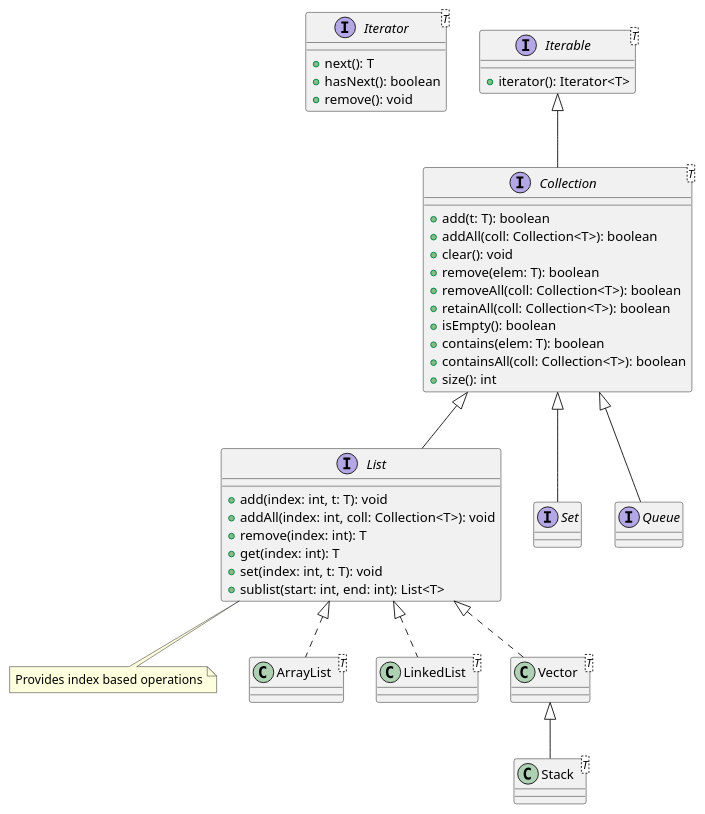
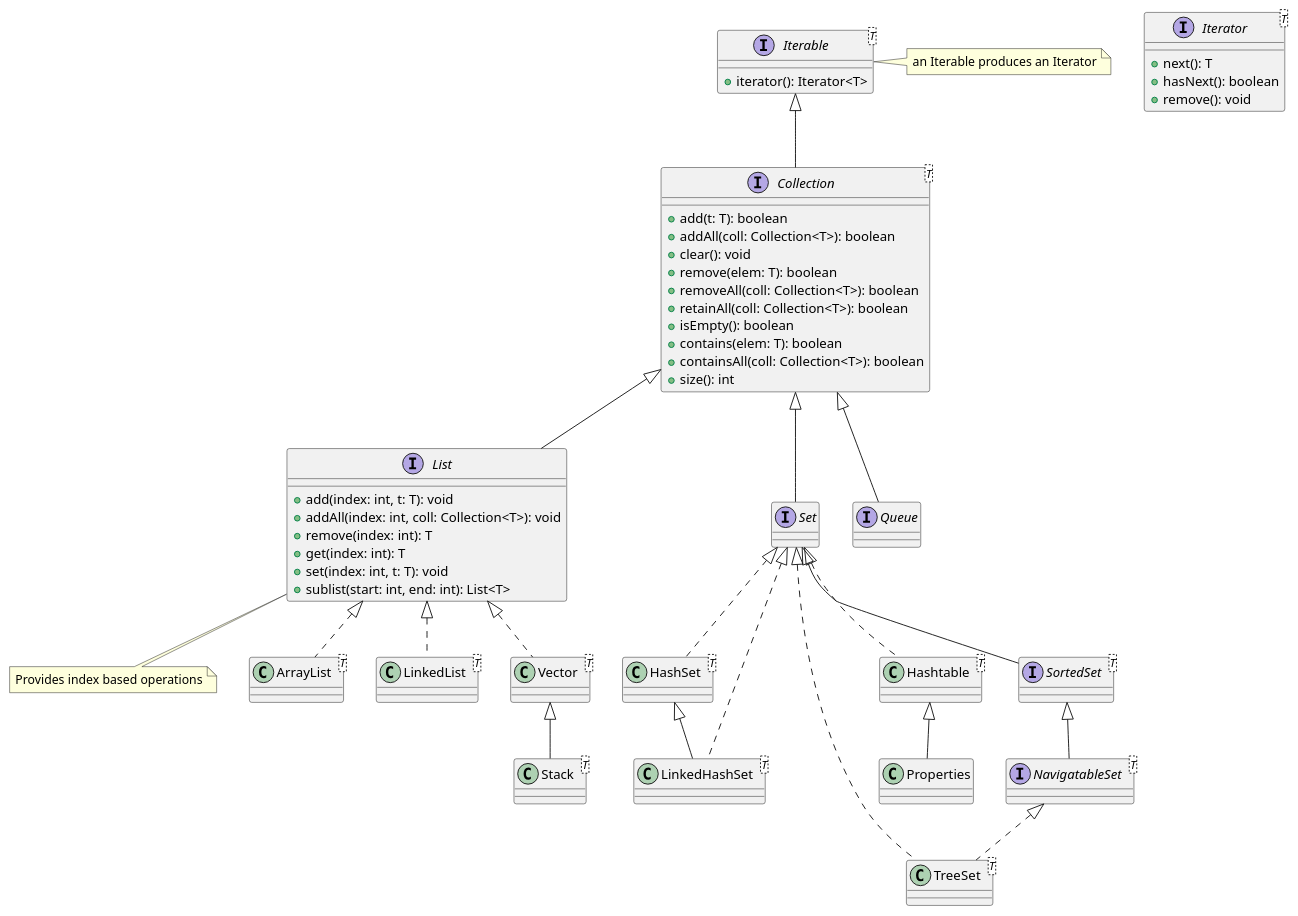
Before and after one commit to vinod-kayartaya/TARGET-APR-2023-BATCH-1: the diagram in day-07/Readme.md, drawn with PlantUML. The commit also changed other lines of this file and 6 other files, not shown here.

````diff
--- a/day-07/Readme.md
+++ b/day-07/Readme.md
@@ -49,53 +49,74 @@
 ```plantuml
 @startuml
 interface Iterator<T> {
     + next(): T
     + hasNext(): boolean
     + remove(): void
 }
 
 interface Iterable<T> {
     + iterator(): Iterator<T>
 }
 
 interface Collection<T> {
     + add(t: T): boolean
     + addAll(coll: Collection<T>): boolean
     + clear(): void
     + remove(elem: T): boolean
     + removeAll(coll: Collection<T>): boolean
     + retainAll(coll: Collection<T>): boolean
     + isEmpty(): boolean
     + contains(elem: T): boolean
     + containsAll(coll: Collection<T>): boolean
     + size(): int
 }
 
 interface List{
     + add(index: int, t: T): void
     + addAll(index: int, coll: Collection<T>): void
     + remove(index: int): T
     + get(index: int): T
     + set(index: int, t: T): void
     + sublist(start: int, end: int): List<T>
 }
 note bottom of List: Provides index based operations
 interface Set{}
 interface Queue{}
 
 Iterable <|-- Collection
 Collection <|-- List
 Collection <|-- Set
 Collection <|-- Queue
 
 class ArrayList<T>{}
 class LinkedList<T>{}
 class Vector<T>{}
 class Stack<T>{}
 
 List <|.. ArrayList
 List <|.. LinkedList
 List <|.. Vector
 Vector <|-- Stack
+
+note right of Iterable: an Iterable produces an Iterator
+
+class HashSet<T>{}
+class TreeSet<T>{}
+class LinkedHashSet<T>{}
+class Hashtable<T>{}
+interface NavigatableSet<T>{}
+interface SortedSet<T>{}
+
+Set <|.. HashSet
+Set <|.. LinkedHashSet
+Set <|.. TreeSet
+Set <|.. Hashtable
+Set <|-- SortedSet
+NavigatableSet <|.. TreeSet
+SortedSet <|-- NavigatableSet
+Hashtable <|-- Properties
+HashSet <|-- LinkedHashSet
+
+
 @enduml
 ```
````
